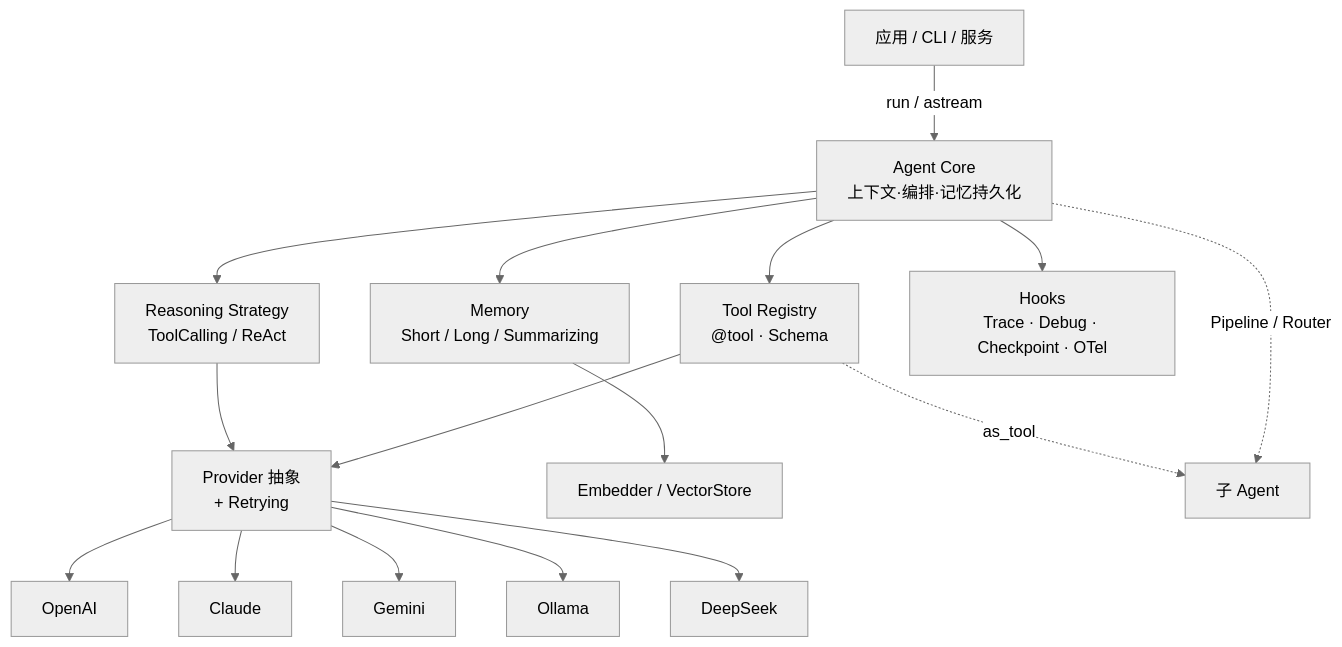
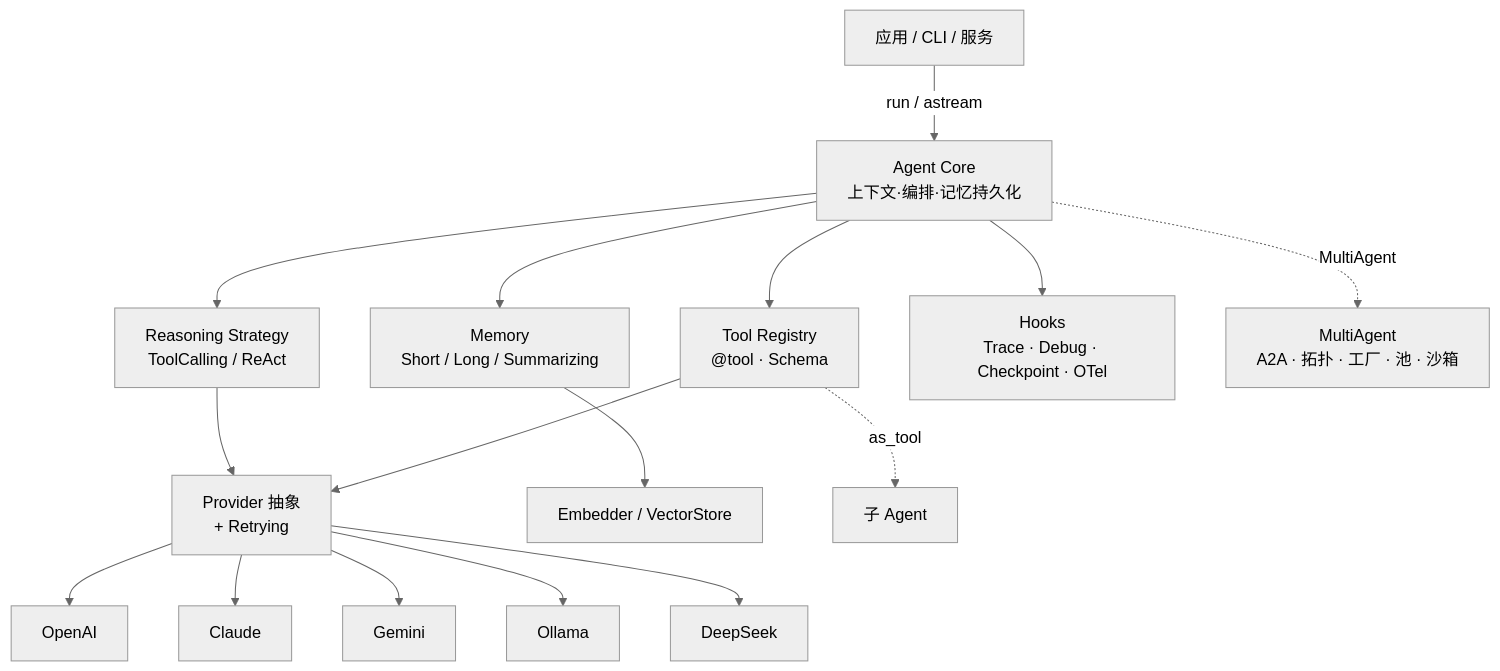
Before and after one commit to Morainet/morainet-ai: the diagram in README.zh.md, drawn with Mermaid (neutral theme). The commit also changed other lines of this file and 6 other files, not shown here.

````diff
--- a/README.zh.md
+++ b/README.zh.md
@@ -72,18 +72,18 @@
 ```mermaid
 flowchart TD
     App[应用 / CLI / 服务] -->|run / astream| Core[Agent Core<br/>上下文·编排·记忆持久化]
 
     Core --> Reasoning[Reasoning Strategy<br/>ToolCalling / ReAct]
     Core --> Memory[Memory<br/>Short / Long / Summarizing]
     Core --> Tools[Tool Registry<br/>@tool · Schema]
     Core --> Hooks[Hooks<br/>Trace · Debug · Checkpoint · OTel]
 
     Reasoning --> Provider[Provider 抽象<br/>+ Retrying]
     Tools --> Provider
     Memory --> Embed[Embedder / VectorStore]
 
     Provider --> OpenAI & Claude & Gemini & Ollama & DeepSeek
 
     Tools -. as_tool .-> Sub[子 Agent]
-    Core -. Pipeline / Router .-> Sub
+    Core -. MultiAgent .-> Multi[MultiAgent<br/>A2A · 拓扑 · 工厂 · 池 · 沙箱]
 ```
````
